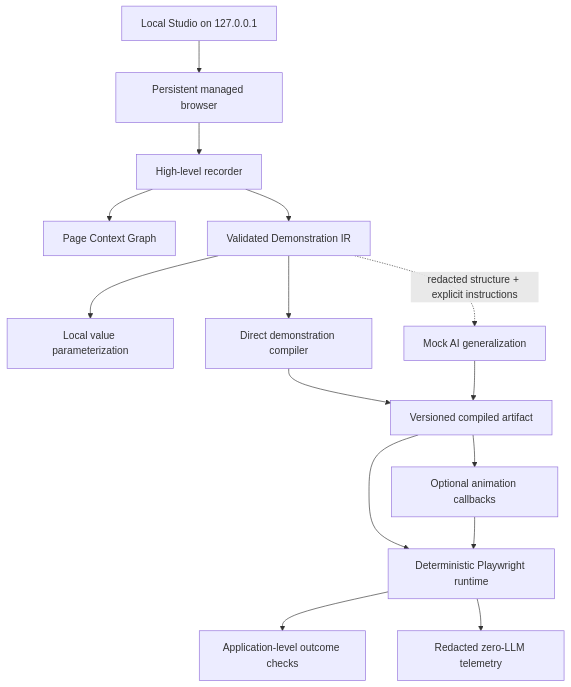
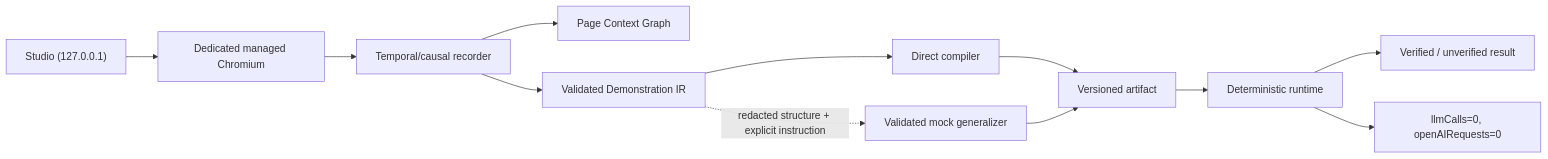
One commit to faxncba-rgb/visual-compiler2 changed the diagram in ARCHITECTURE.md. Above: the diagram before and after it, drawn with Mermaid. The commit also changed other lines of this file and 8 other files, not shown here.

````diff
--- a/ARCHITECTURE.md
+++ b/ARCHITECTURE.md
@@ -7,17 +7,14 @@
 ```mermaid
-flowchart TD
-  Studio[Local Studio on 127.0.0.1] --> Browser[Persistent managed browser]
-  Browser --> Recorder[High-level recorder]
-  Recorder --> Graph[Page Context Graph]
-  Recorder --> DIR[Validated Demonstration IR]
-  DIR --> Variables[Local value parameterization]
-  DIR --> Direct[Direct demonstration compiler]
-  DIR -. redacted structure + explicit instructions .-> MockAI[Mock AI generalization]
-  Direct --> Artifact[Versioned compiled artifact]
-  MockAI --> Artifact
-  Artifact --> Runtime[Deterministic Playwright runtime]
-  Runtime --> Outcome[Application-level outcome checks]
-  Runtime --> Telemetry[Redacted zero-LLM telemetry]
-  Artifact --> Animation[Optional animation callbacks]
-  Animation --> Runtime
+flowchart LR
+  Studio["Studio (127.0.0.1)"] --> Browser["Dedicated managed Chromium"]
+  Browser --> Recorder["Temporal/causal recorder"]
+  Recorder --> Graph["Page Context Graph"]
+  Recorder --> IR["Validated Demonstration IR"]
+  IR --> Compiler["Direct compiler"]
+  IR -. "redacted structure + explicit instruction" .-> Mock["Validated mock generalizer"]
+  Compiler --> Artifact["Versioned artifact"]
+  Mock --> Artifact
+  Artifact --> Runtime["Deterministic runtime"]
+  Runtime --> Outcome["Verified / unverified result"]
+  Runtime --> Telemetry["llmCalls=0, openAIRequests=0"]
 ```
````
